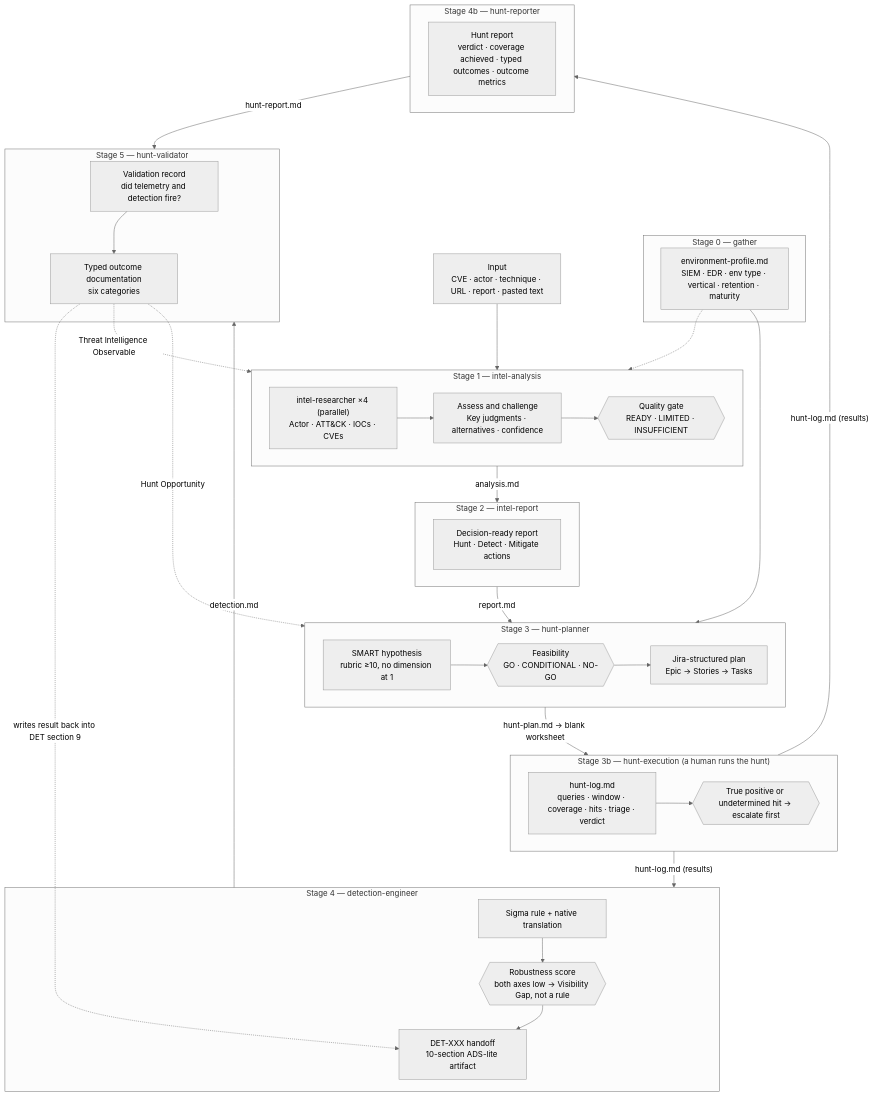
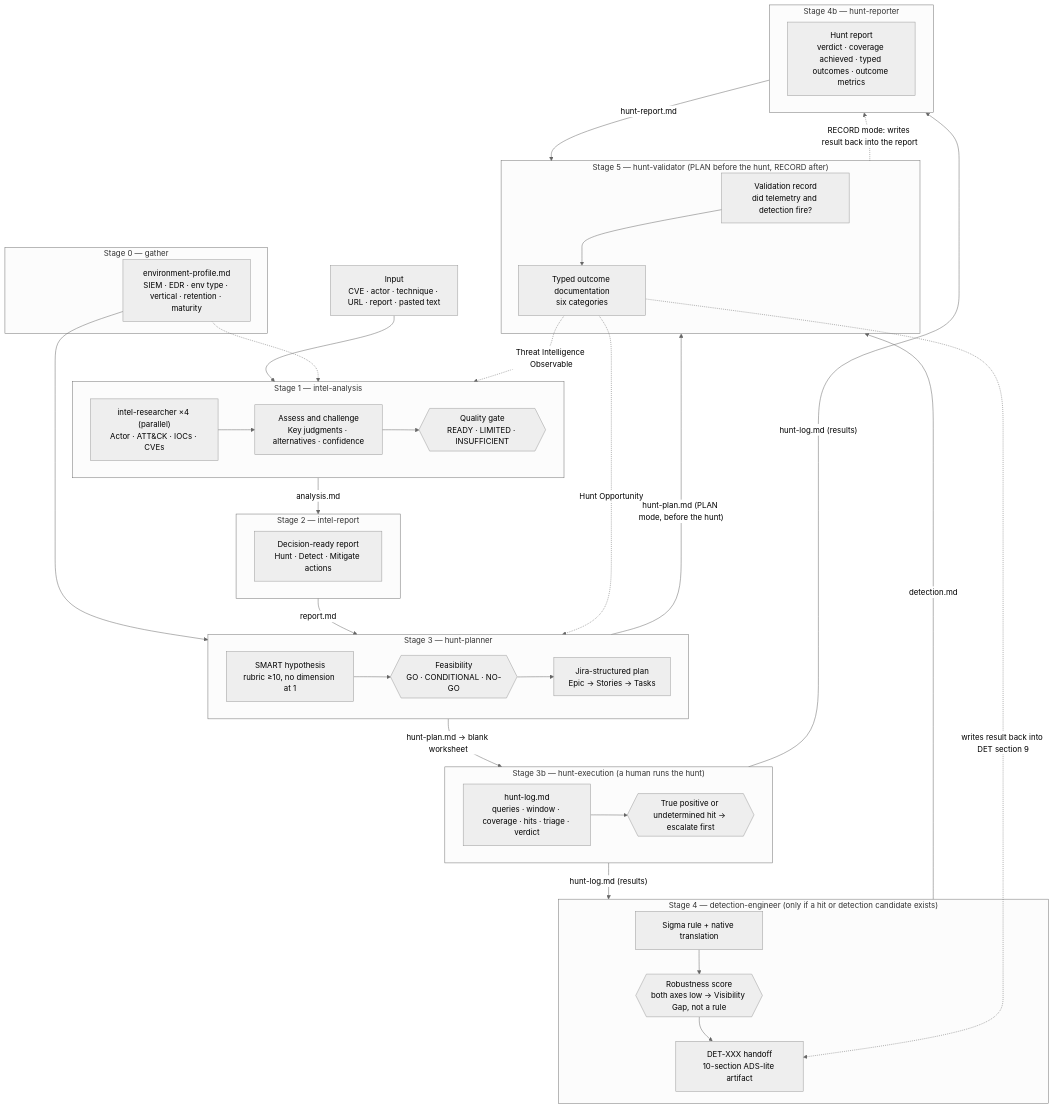
Before and after one commit to sims718718/agentic-threat-intel-framework: the diagram in README.md, drawn with Mermaid (neutral theme). The commit also changed other lines of this file and 1 other file, not shown here.

Commit message:
Docs: redraw pipeline diagram, add hunt-execution gate row, document plan lock and shared Step 0

Claude-Session: https://claude.ai/code/session_01NKjWpNfNZE8zrjtD6Vrezc

````diff
--- a/README.md
+++ b/README.md
@@ -46,63 +46,65 @@
 ```mermaid
 flowchart TD
     IN["Input<br/>CVE · actor · technique · URL · report · pasted text"]
 
     subgraph S0["Stage 0 — gather"]
         ENV["environment-profile.md<br/>SIEM · EDR · env type · vertical · retention · maturity"]
     end
 
     subgraph S1["Stage 1 — intel-analysis"]
         R1["intel-researcher ×4 (parallel)<br/>Actor · ATT&CK · IOCs · CVEs"]
         A["Assess and challenge<br/>Key judgments · alternatives · confidence"]
         QG1{{"Quality gate<br/>READY · LIMITED · INSUFFICIENT"}}
         R1 --> A --> QG1
     end
 
     subgraph S2["Stage 2 — intel-report"]
         REP["Decision-ready report<br/>Hunt · Detect · Mitigate actions"]
     end
 
     subgraph S3["Stage 3 — hunt-planner"]
         HYP["SMART hypothesis<br/>rubric ≥10, no dimension at 1"]
         FEAS{{"Feasibility<br/>GO · CONDITIONAL · NO-GO"}}
         JIRA["Jira-structured plan<br/>Epic → Stories → Tasks"]
         HYP --> FEAS --> JIRA
     end
 
-    subgraph S4["Stage 4 — detection-engineer"]
+    subgraph S4["Stage 4 — detection-engineer (only if a hit or detection candidate exists)"]
         SIG["Sigma rule + native translation"]
         ROB{{"Robustness score<br/>both axes low → Visibility Gap, not a rule"}}
         ADS["DET-XXX handoff<br/>10-section ADS-lite artifact"]
         SIG --> ROB --> ADS
     end
 
-    subgraph S5["Stage 5 — hunt-validator"]
+    subgraph S5["Stage 5 — hunt-validator (PLAN before the hunt, RECORD after)"]
         VAL["Validation record<br/>did telemetry and detection fire?"]
         OUT["Typed outcome documentation<br/>six categories"]
         VAL --> OUT
     end
 
     subgraph SX["Stage 3b — hunt-execution (a human runs the hunt)"]
         LOG["hunt-log.md<br/>queries · window · coverage · hits · triage · verdict"]
         SUSP{{"True positive or undetermined hit → escalate first"}}
         LOG --> SUSP
     end
 
     subgraph S4B["Stage 4b — hunt-reporter"]
         HREP["Hunt report<br/>verdict · coverage achieved · typed outcomes · outcome metrics"]
     end
 
     IN --> S1
     ENV -.-> S1
     ENV --> S3
     S1 -->|"analysis.md"| S2
     S2 -->|"report.md"| S3
     S3 -->|"hunt-plan.md → blank worksheet"| SX
     SX -->|"hunt-log.md (results)"| S4
     SX -->|"hunt-log.md (results)"| S4B
     S4 -->|"detection.md"| S5
     S4B -->|"hunt-report.md"| S5
+    S3 -->|"hunt-plan.md (PLAN mode, before the hunt)"| S5
+    S5 -.->|"RECORD mode: writes result back into the report"| S4B
     OUT -.->|"Threat Intelligence Observable"| S1
     OUT -.->|"Hunt Opportunity"| S3
     OUT -.->|"writes result back into DET section 9"| ADS
 ```
````
